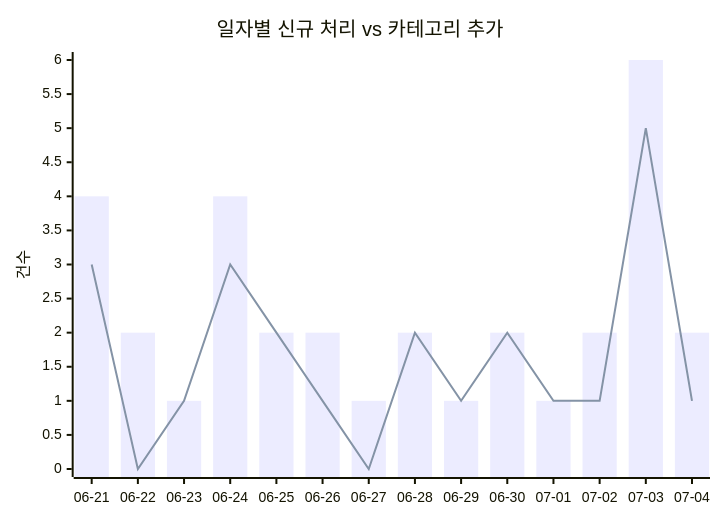
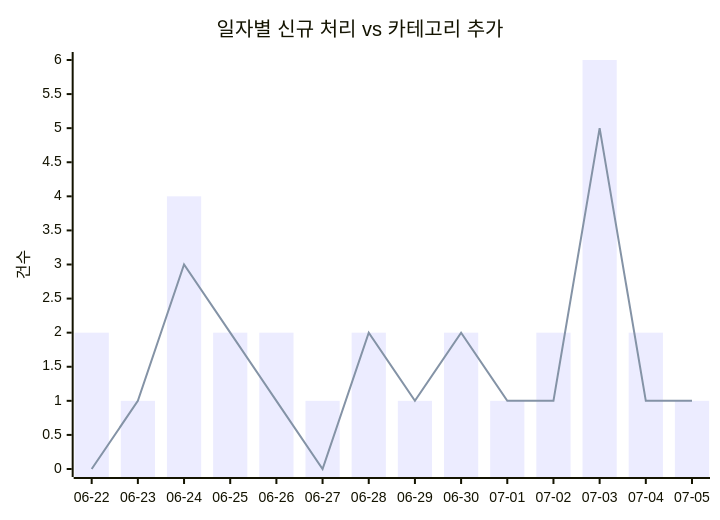
One commit to J-nowcow/awesome-korean-agent-skills changed the first of 2 diagrams in docs/trends.md. Above: the diagram before and after it, drawn with Mermaid. The commit also changed other lines of this file and 4 other files, not shown here.

````diff
--- a/docs/trends.md
+++ b/docs/trends.md
@@ -32,8 +32,8 @@
 ```mermaid
 xychart-beta
     title "일자별 신규 처리 vs 카테고리 추가"
-    x-axis ["06-21","06-22","06-23","06-24","06-25","06-26","06-27","06-28","06-29","06-30","07-01","07-02","07-03","07-04"]
+    x-axis ["06-22","06-23","06-24","06-25","06-26","06-27","06-28","06-29","06-30","07-01","07-02","07-03","07-04","07-05"]
     y-axis "건수"
-    bar [4,2,1,4,2,2,1,2,1,2,1,2,6,2]
-    line [3,0,1,3,2,1,0,2,1,2,1,1,5,1]
+    bar [2,1,4,2,2,1,2,1,2,1,2,6,2,1]
+    line [0,1,3,2,1,0,2,1,2,1,1,5,1,1]
 ```
````
